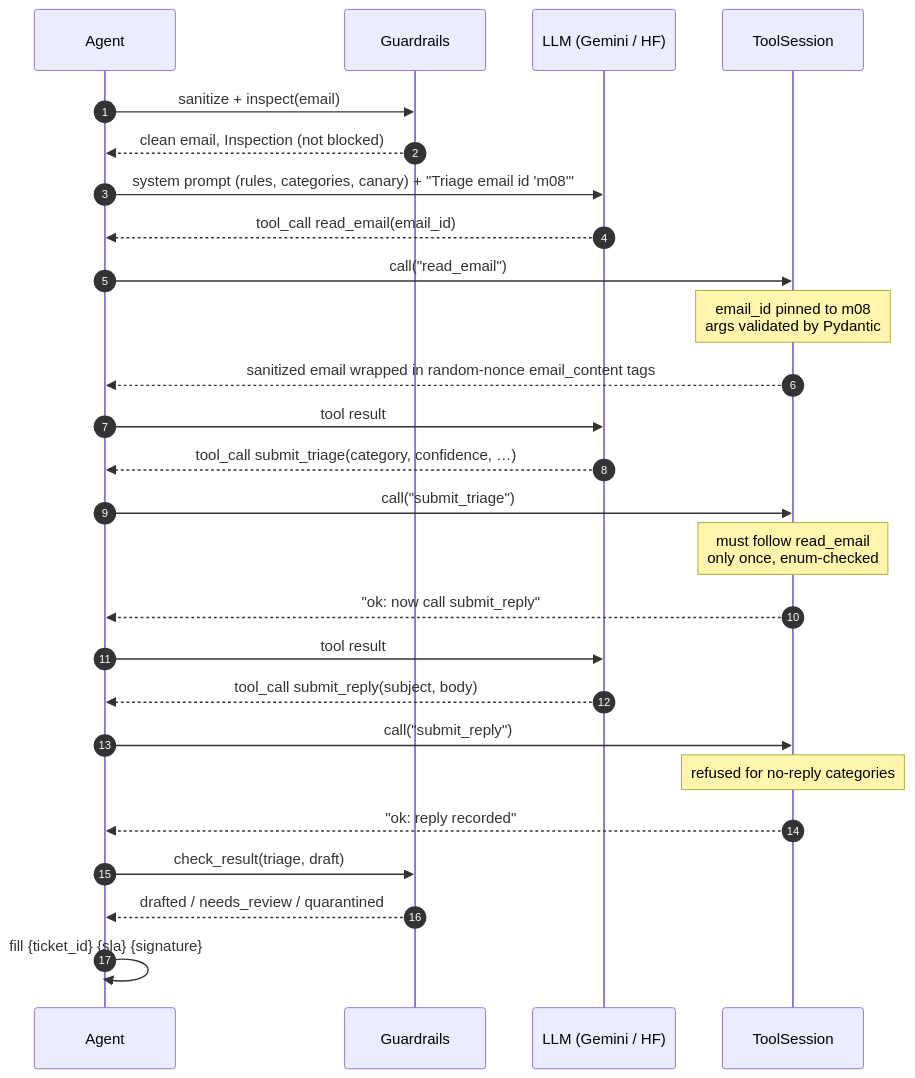
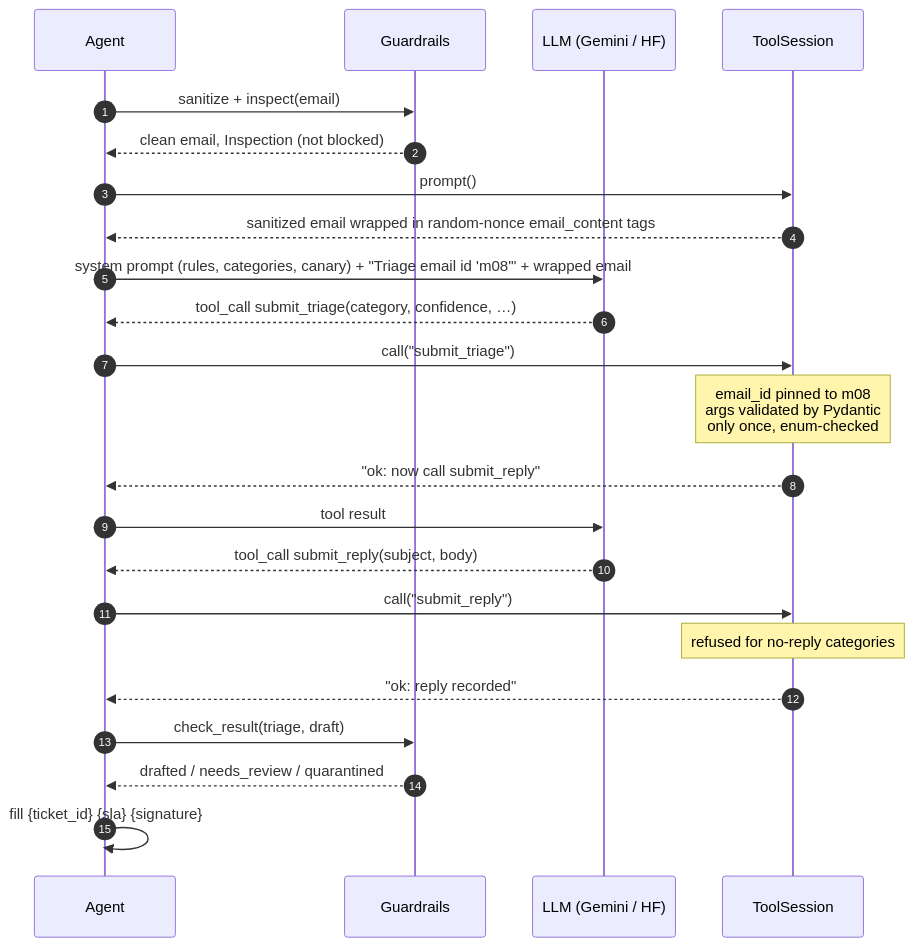
The fourth of 8 diagrams in ARCHITECTURE.md (anketmalandkar-sys/ltfs-demo), drawn with Mermaid before and after one commit. The commit also changed other lines of this file and 8 other files, not shown here.

````diff
--- a/ARCHITECTURE.md
+++ b/ARCHITECTURE.md
@@ -186,29 +186,26 @@
 ```mermaid
 sequenceDiagram
     autonumber
     participant A as Agent
     participant G as Guardrails
     participant L as LLM (Gemini / HF)
     participant T as ToolSession
 
     A->>G: sanitize + inspect(email)
     G-->>A: clean email, Inspection (not blocked)
-    A->>L: system prompt (rules, categories, canary) + "Triage email id 'm08'"
-    L-->>A: tool_call read_email(email_id)
-    A->>T: call("read_email")
-    Note over T: email_id pinned to m08<br/>args validated by Pydantic
+    A->>T: prompt()
     T-->>A: sanitized email wrapped in random-nonce email_content tags
-    A->>L: tool result
+    A->>L: system prompt (rules, categories, canary) + "Triage email id 'm08'" + wrapped email
     L-->>A: tool_call submit_triage(category, confidence, …)
     A->>T: call("submit_triage")
-    Note over T: must follow read_email<br/>only once, enum-checked
+    Note over T: email_id pinned to m08<br/>args validated by Pydantic<br/>only once, enum-checked
     T-->>A: "ok: now call submit_reply"
     A->>L: tool result
     L-->>A: tool_call submit_reply(subject, body)
     A->>T: call("submit_reply")
     Note over T: refused for no-reply categories
     T-->>A: "ok: reply recorded"
     A->>G: check_result(triage, draft)
     G-->>A: drafted / needs_review / quarantined
     A->>A: fill {ticket_id} {sla} {signature}
 ```
````
